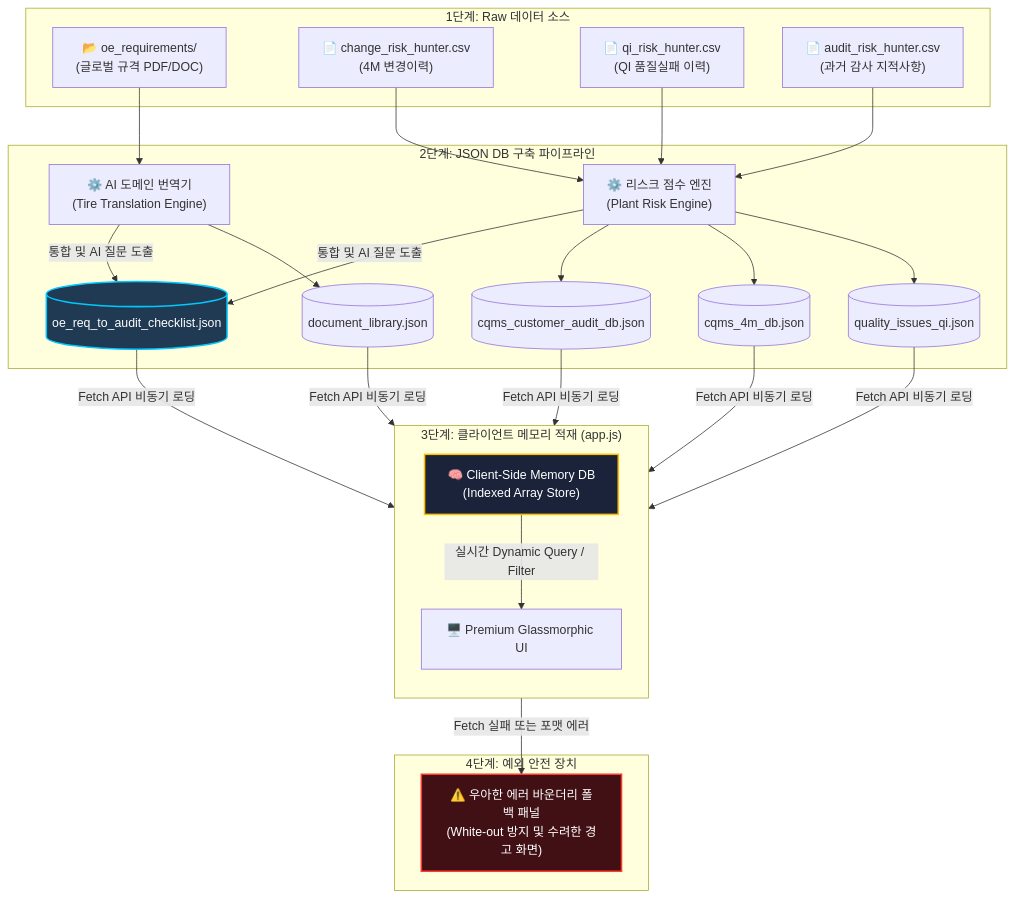
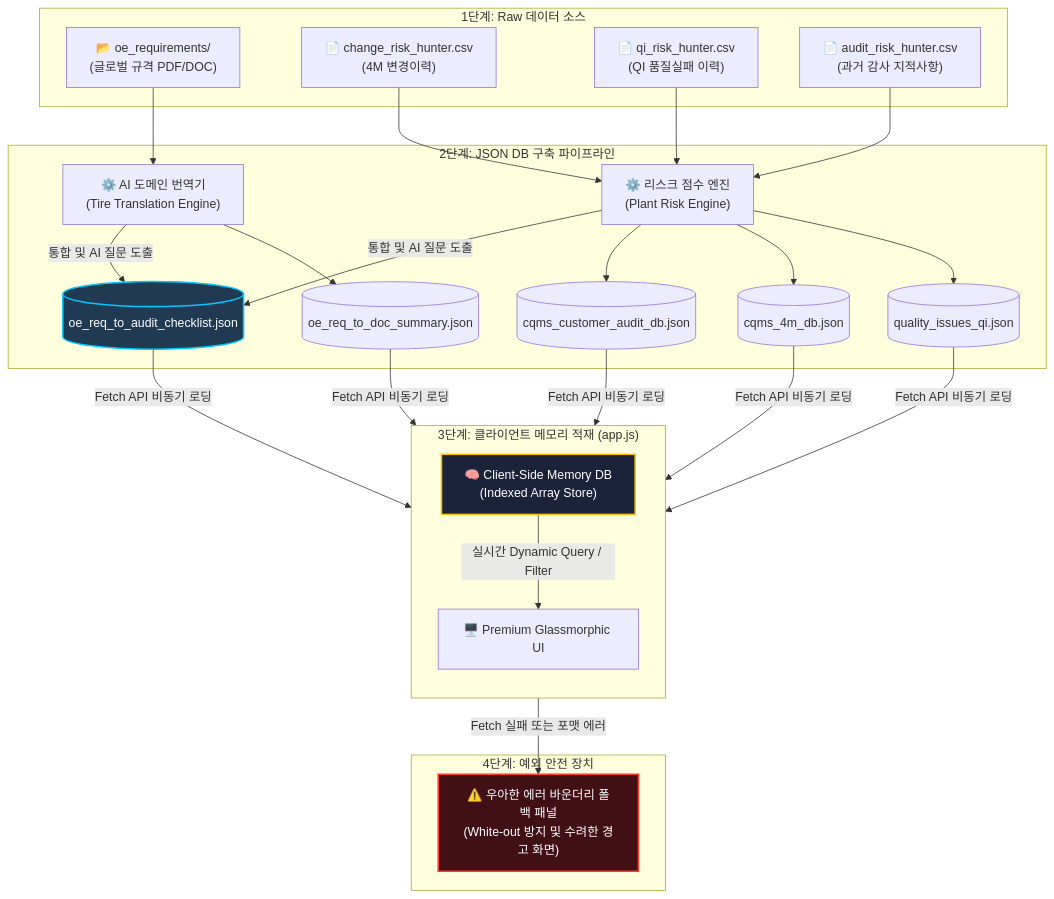
The diagram in context/18_resource_json_database_transition_spec.md (jumasi-34/RiskHunter), drawn with Mermaid before and after one commit. The commit also changed other lines of this file and 7 other files, not shown here.

Commit message:
refactor: update all references and Python scripts to point to renamed data/oe_req_to_doc_summary.json

````diff
--- a/context/18_resource_json_database_transition_spec.md
+++ b/context/18_resource_json_database_transition_spec.md
@@ -24,38 +24,38 @@
 ```mermaid
 flowchart TD
     subgraph Raw_Sources ["1단계: Raw 데이터 소스"]
         A1["📂 oe_requirements/<br>(글로벌 규격 PDF/DOC)"]
         A2["📄 change_risk_hunter.csv<br>(4M 변경이력)"]
         A3["📄 qi_risk_hunter.csv<br>(QI 품질실패 이력)"]
         A4["📄 audit_risk_hunter.csv<br>(과거 감사 지적사항)"]
     end
 
     subgraph ETL_Pipeline ["2단계: JSON DB 구축 파이프라인"]
         B1["⚙️ AI 도메인 번역기<br>(Tire Translation Engine)"]
         B2["⚙️ 리스크 점수 엔진<br>(Plant Risk Engine)"]
         
         A1 --> B1
         A2 & A3 & A4 --> B2
         
-        B1 --> C1[("document_library.json")]
+        B1 --> C1[("oe_req_to_doc_summary.json")]
         B2 --> C2[("quality_issues_qi.json")]
         B2 --> C3[("cqms_4m_db.json")]
         B2 --> C4[("cqms_customer_audit_db.json")]
         
         B1 & B2 -->|통합 및 AI 질문 도출| C5[("oe_req_to_audit_checklist.json")]
     end
 
     subgraph Client_Runtime ["3단계: 클라이언트 메모리 적재 (app.js)"]
         direction TB
         C1 & C2 & C3 & C4 & C5 -->|Fetch API 비동기 로딩| ME["🧠 Client-Side Memory DB<br>(Indexed Array Store)"]
         ME -->|실시간 Dynamic Query / Filter| UI["🖥️ Premium Glassmorphic UI"]
     end
 
     subgraph Error_Boundary ["4단계: 예외 안전 장치"]
         UI -->|Fetch 실패 또는 포맷 에러| FE["⚠️ 우아한 에러 바운더리 폴백 패널<br>(White-out 방지 및 수려한 경고 화면)"]
     end
 
     style C5 fill:#1f3a52,stroke:#00c8ff,stroke-width:2px,color:#fff
     style ME fill:#1a233a,stroke:#ffbf00,stroke-width:2px,color:#fff
     style FE fill:#401015,stroke:#ff3b30,stroke-width:2px,color:#fff
 ```
````
